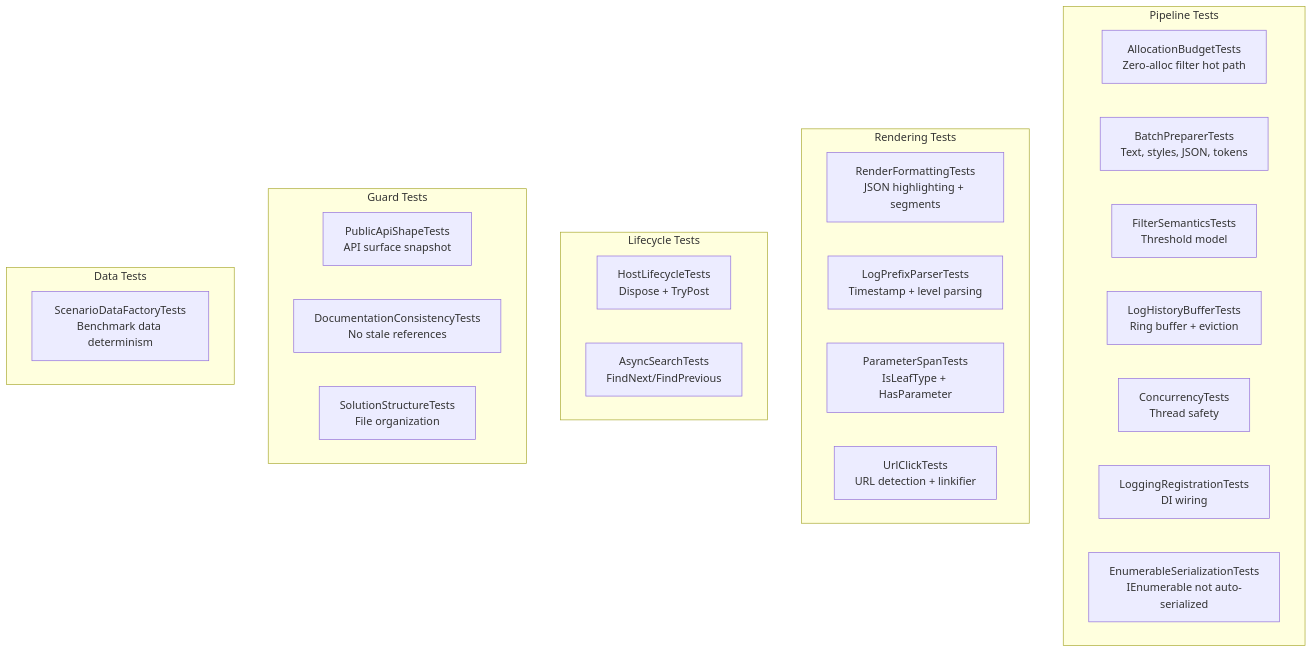
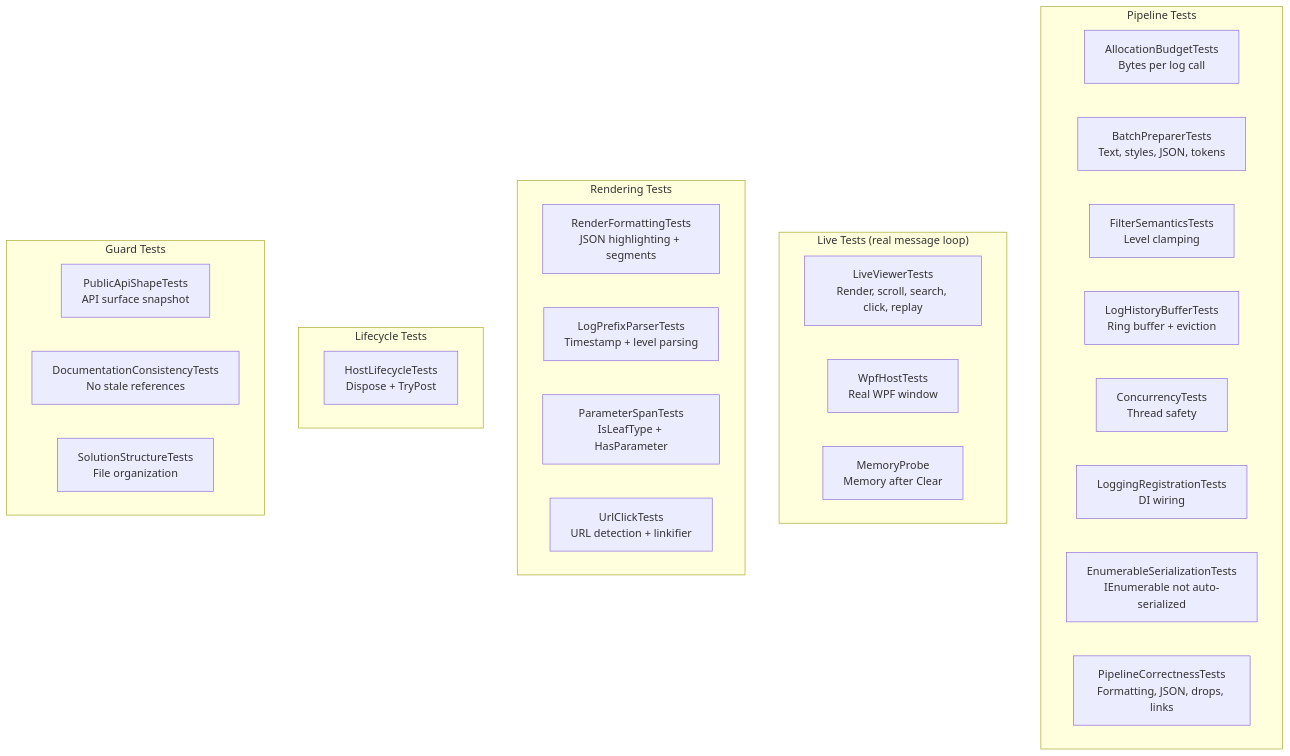
The diagram in docs/testing.md (trgiangv/ZLogger.Scintilla), drawn with Mermaid before and after one commit. The commit also changed other lines of this file and 6 other files, not shown here.

````diff
--- a/docs/testing.md
+++ b/docs/testing.md
@@ -17,34 +17,37 @@
 ```mermaid
 flowchart TB
     subgraph Pipeline["Pipeline Tests"]
-        Alloc["AllocationBudgetTests<br/>Zero-alloc filter hot path"]
+        Alloc["AllocationBudgetTests<br/>Bytes per log call"]
         Batch["BatchPreparerTests<br/>Text, styles, JSON, tokens"]
-        Filter["FilterSemanticsTests<br/>Threshold model"]
+        Filter["FilterSemanticsTests<br/>Level clamping"]
         History["LogHistoryBufferTests<br/>Ring buffer + eviction"]
         Conc["ConcurrencyTests<br/>Thread safety"]
         Reg["LoggingRegistrationTests<br/>DI wiring"]
         Enum["EnumerableSerializationTests<br/>IEnumerable not auto-serialized"]
+        Correct["PipelineCorrectnessTests<br/>Formatting, JSON, drops, links"]
+    end
+
+    subgraph Live["Live Tests (real message loop)"]
+        Viewer["LiveViewerTests<br/>Render, scroll, search, click, replay"]
+        Wpf["WpfHostTests<br/>Real WPF window"]
+        Mem["MemoryProbe<br/>Memory after Clear"]
     end
 
     subgraph Rendering["Rendering Tests"]
         Render["RenderFormattingTests<br/>JSON highlighting + segments"]
         Prefix["LogPrefixParserTests<br/>Timestamp + level parsing"]
         Param["ParameterSpanTests<br/>IsLeafType + HasParameter"]
         Url["UrlClickTests<br/>URL detection + linkifier"]
     end
 
     subgraph Lifecycle["Lifecycle Tests"]
         Host["HostLifecycleTests<br/>Dispose + TryPost"]
-        Search["AsyncSearchTests<br/>FindNext/FindPrevious"]
     end
 
     subgraph Guards["Guard Tests"]
         API["PublicApiShapeTests<br/>API surface snapshot"]
         Docs["DocumentationConsistencyTests<br/>No stale references"]
         Sol["SolutionStructureTests<br/>File organization"]
     end
 
-    subgraph Data["Data Tests"]
-        Scenario["ScenarioDataFactoryTests<br/>Benchmark data determinism"]
-    end
 ```
````
